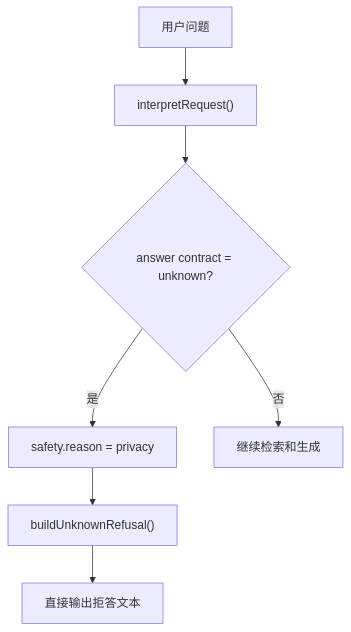
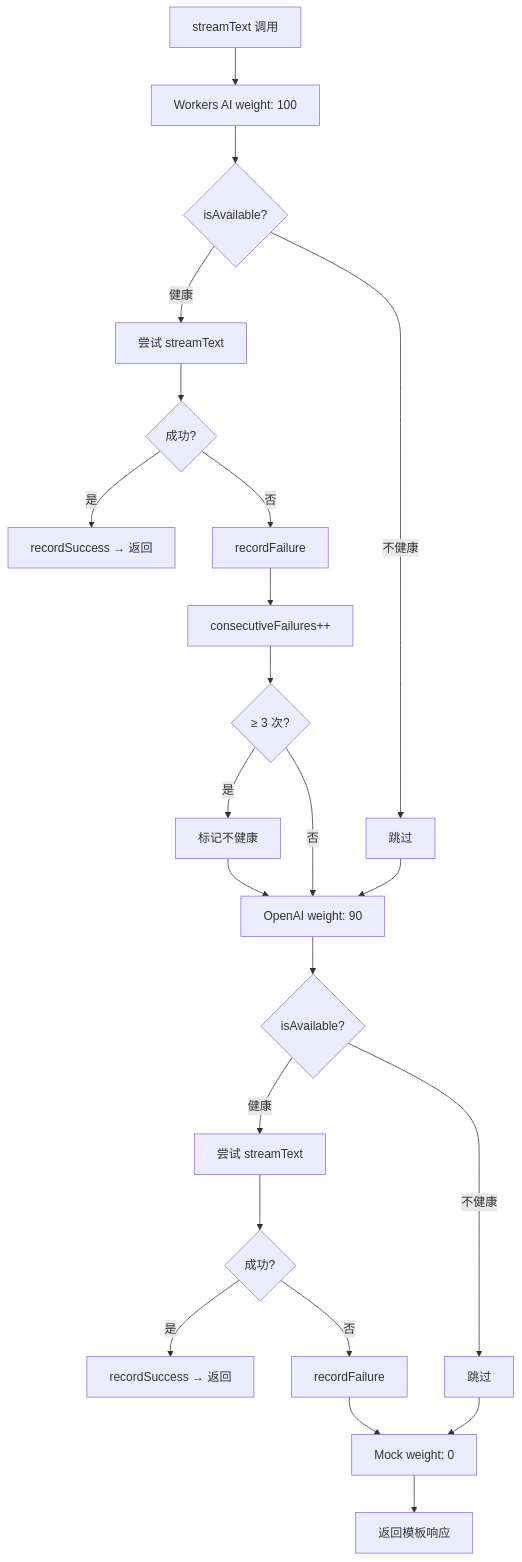
Before and after one commit to souloss/astro-minblog: the seventh of 12 diagrams in apps/blog/src/data/blog/zh/ai-module-architecture.md, drawn with Mermaid. The commit also changed other lines of this file and 40 other files, not shown here.

````diff
--- a/apps/blog/src/data/blog/zh/ai-module-architecture.md
+++ b/apps/blog/src/data/blog/zh/ai-module-architecture.md
@@ -568,9 +1102,32 @@
 ```mermaid
 flowchart TB
-    A["用户问题"] --> B["interpretRequest()"]
-    B --> C{"answer contract = unknown?"}
-    C -->|是| D["safety.reason = privacy"]
-    D --> E["buildUnknownRefusal()"]
-    E --> F["直接输出拒答文本"]
-    C -->|否| G["继续检索和生成"]
+    A["streamText 调用"] --> B["Workers AI weight: 100"]
+
+    B --> C{"isAvailable?"}
+    C -->|健康| D["尝试 streamText"]
+    C -->|不健康| E["跳过"]
+
+    D --> F{"成功?"}
+    F -->|是| G["recordSuccess → 返回"]
+    F -->|否| I["recordFailure"]
+
+    I --> J["consecutiveFailures++"]
+    J --> K{"≥ 3 次?"}
+    K -->|是| L["标记不健康"]
+    K -->|否| M["OpenAI weight: 90"]
+
+    E --> M
+    L --> M
+
+    M --> N{"isAvailable?"}
+    N -->|健康| O["尝试 streamText"]
+    N -->|不健康| P["跳过"]
+
+    O --> Q{"成功?"}
+    Q -->|是| R["recordSuccess → 返回"]
+    Q -->|否| S["recordFailure"]
+
+    S --> T["Mock weight: 0"]
+    P --> T
+    T --> U["返回模板响应"]
 ```
````
